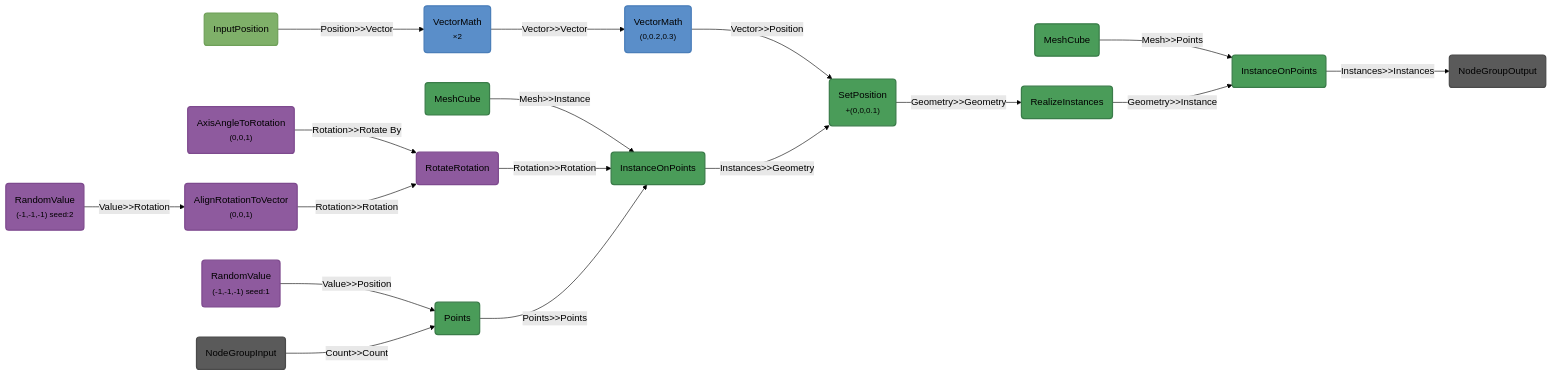
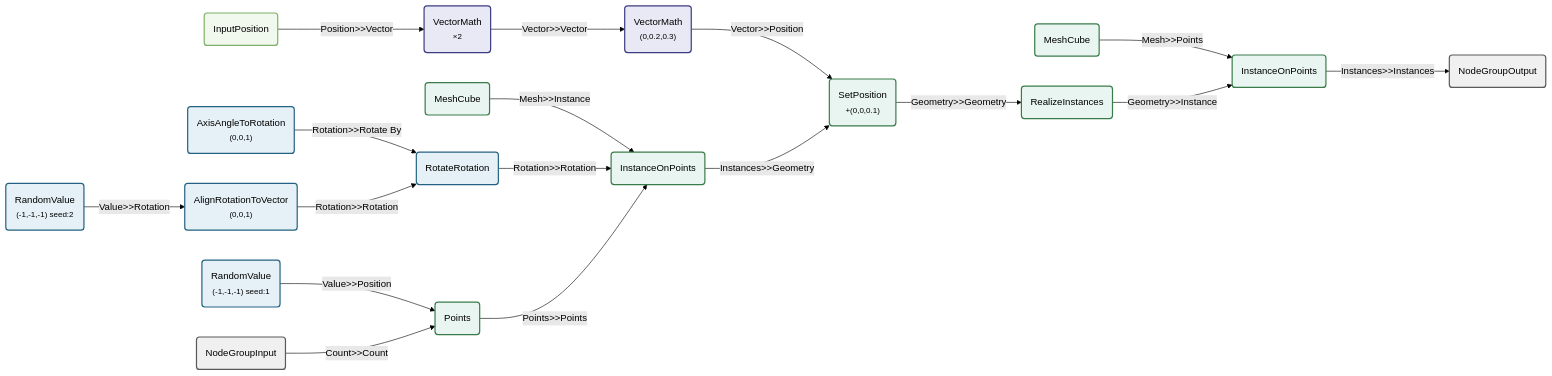
One commit to BradyAJohnston/nodebpy changed the diagram in README.md. Above: the diagram before and after it, drawn with Mermaid (forest theme). The commit also changed 9 other files, not shown here.

````diff
--- a/README.md
+++ b/README.md
@@ -72,45 +72,45 @@
 ``` mermaid
 graph LR
     N0("NodeGroupInput"):::default-node
     N1("RandomValue<br/><small>(-1,-1,-1) seed:2</small>"):::converter-node
     N2("RandomValue<br/><small>(-1,-1,-1) seed:1</small>"):::converter-node
     N3("AlignRotationToVector<br/><small>(0,0,1)</small>"):::converter-node
     N4("AxisAngleToRotation<br/><small>(0,0,1)</small>"):::converter-node
     N5("InputPosition"):::input-node
     N6("Points"):::geometry-node
     N7("MeshCube"):::geometry-node
     N8("RotateRotation"):::converter-node
     N9("VectorMath<br/><small>×2</small>"):::vector-node
     N10("InstanceOnPoints"):::geometry-node
     N11("VectorMath<br/><small>(0,0.2,0.3)</small>"):::vector-node
     N12("SetPosition<br/><small>+(0,0,0.1)</small>"):::geometry-node
     N13("MeshCube"):::geometry-node
     N14("RealizeInstances"):::geometry-node
     N15("InstanceOnPoints"):::geometry-node
     N16("NodeGroupOutput"):::default-node
     N1 -->|"Value>>Rotation"| N3
     N4 -->|"Rotation>>Rotate By"| N8
     N3 -->|"Rotation>>Rotation"| N8
     N2 -->|"Value>>Position"| N6
     N0 -->|"Count>>Count"| N6
     N7 -->|"Mesh>>Instance"| N10
     N8 -->|"Rotation>>Rotation"| N10
     N6 -->|"Points>>Points"| N10
     N5 -->|"Position>>Vector"| N9
     N9 -->|"Vector>>Vector"| N11
     N11 -->|"Vector>>Position"| N12
     N10 -->|"Instances>>Geometry"| N12
     N12 -->|"Geometry>>Geometry"| N14
     N13 -->|"Mesh>>Points"| N15
     N14 -->|"Geometry>>Instance"| N15
     N15 -->|"Instances>>Instances"| N16
 
-    classDef geometry-node fill:#4a9c59,stroke:#3a7c49,stroke-width:2px
-    classDef converter-node fill:#8e5a9e,stroke:#7e4a8e,stroke-width:2px
-    classDef vector-node fill:#5a8ec9,stroke:#4a7eb9,stroke-width:2px
-    classDef texture-node fill:#c99a5a,stroke:#b98a4a,stroke-width:2px
-    classDef shader-node fill:#e67c52,stroke:#d66c42,stroke-width:2px
-    classDef input-node fill:#7fb069,stroke:#6fa059,stroke-width:2px
-    classDef output-node fill:#c97659,stroke:#b96649,stroke-width:2px
-    classDef default-node fill:#5a5a5a,stroke:#4a4a4a,stroke-width:2px
+    classDef geometry-node fill:#e8f5f1,stroke:#3a7c49,stroke-width:2px
+    classDef converter-node fill:#e6f1f7,stroke:#246283,stroke-width:2px
+    classDef vector-node fill:#e9e9f5,stroke:#3C3C83,stroke-width:2px
+    classDef texture-node fill:#fef3e6,stroke:#E66800,stroke-width:2px
+    classDef shader-node fill:#fef0eb,stroke:#e67c52,stroke-width:2px
+    classDef input-node fill:#f1f8ed,stroke:#7fb069,stroke-width:2px
+    classDef output-node fill:#faf0ed,stroke:#c97659,stroke-width:2px
+    classDef default-node fill:#f0f0f0,stroke:#5a5a5a,stroke-width:2px
 ```
````
